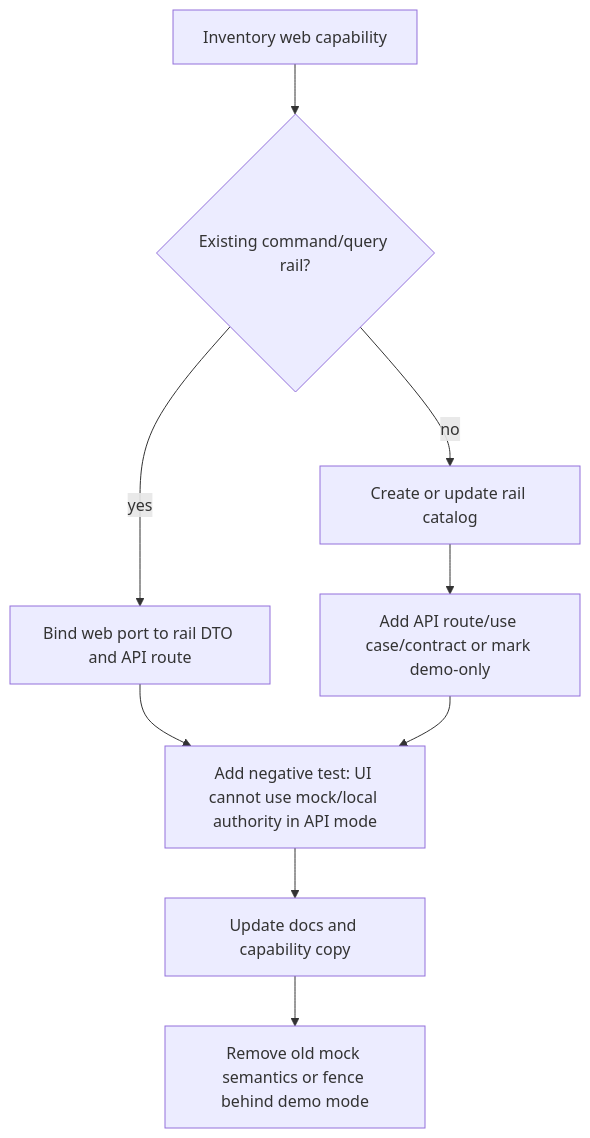
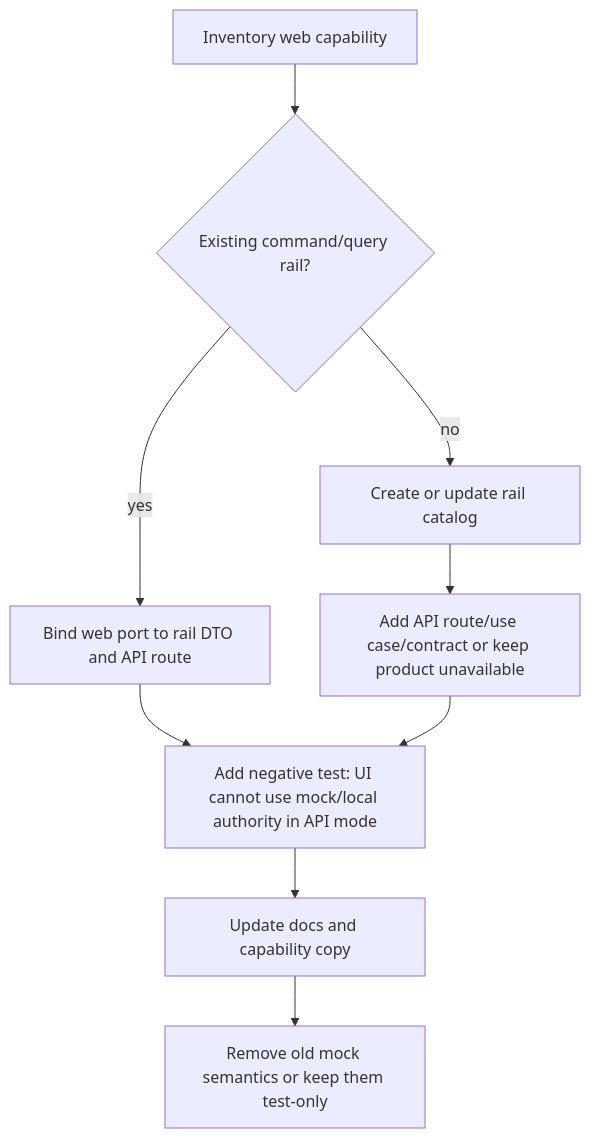
One commit to dunay2/dvt changed the second of 2 diagrams in docs/planning/reviews/20260510-web-api-integration-gap-review.md. Above: the diagram before and after it, drawn with Mermaid. The commit also changed other lines of this file and 79 other files, not shown here.

Commit message:
feat(web): Hardcut mock runtime from product composition

````diff
--- a/docs/planning/reviews/20260510-web-api-integration-gap-review.md
+++ b/docs/planning/reviews/20260510-web-api-integration-gap-review.md
@@ -248,11 +257,11 @@
 ```mermaid
 flowchart TD
   A[Inventory web capability] --> B{Existing command/query rail?}
   B -- yes --> C[Bind web port to rail DTO and API route]
   B -- no --> D[Create or update rail catalog]
-  D --> E[Add API route/use case/contract or mark demo-only]
+  D --> E[Add API route/use case/contract or keep product unavailable]
   C --> F[Add negative test: UI cannot use mock/local authority in API mode]
   E --> F
   F --> G[Update docs and capability copy]
-  G --> H[Remove old mock semantics or fence behind demo mode]
+  G --> H[Remove old mock semantics or keep them test-only]
 ```
````
